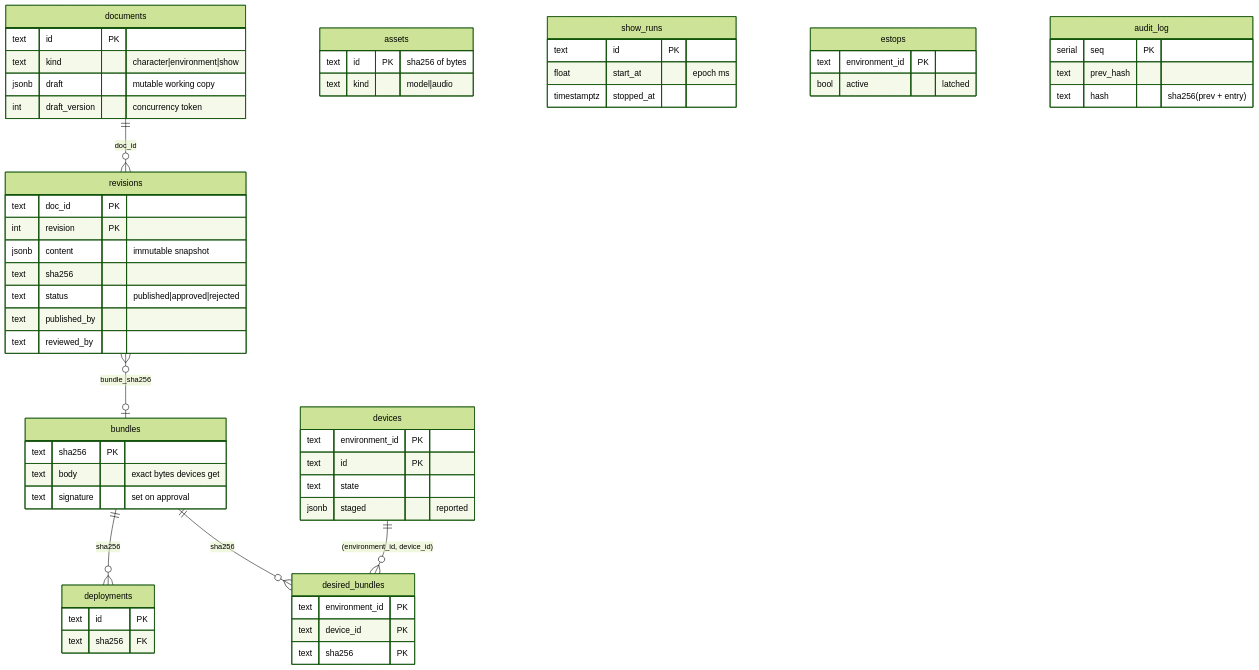
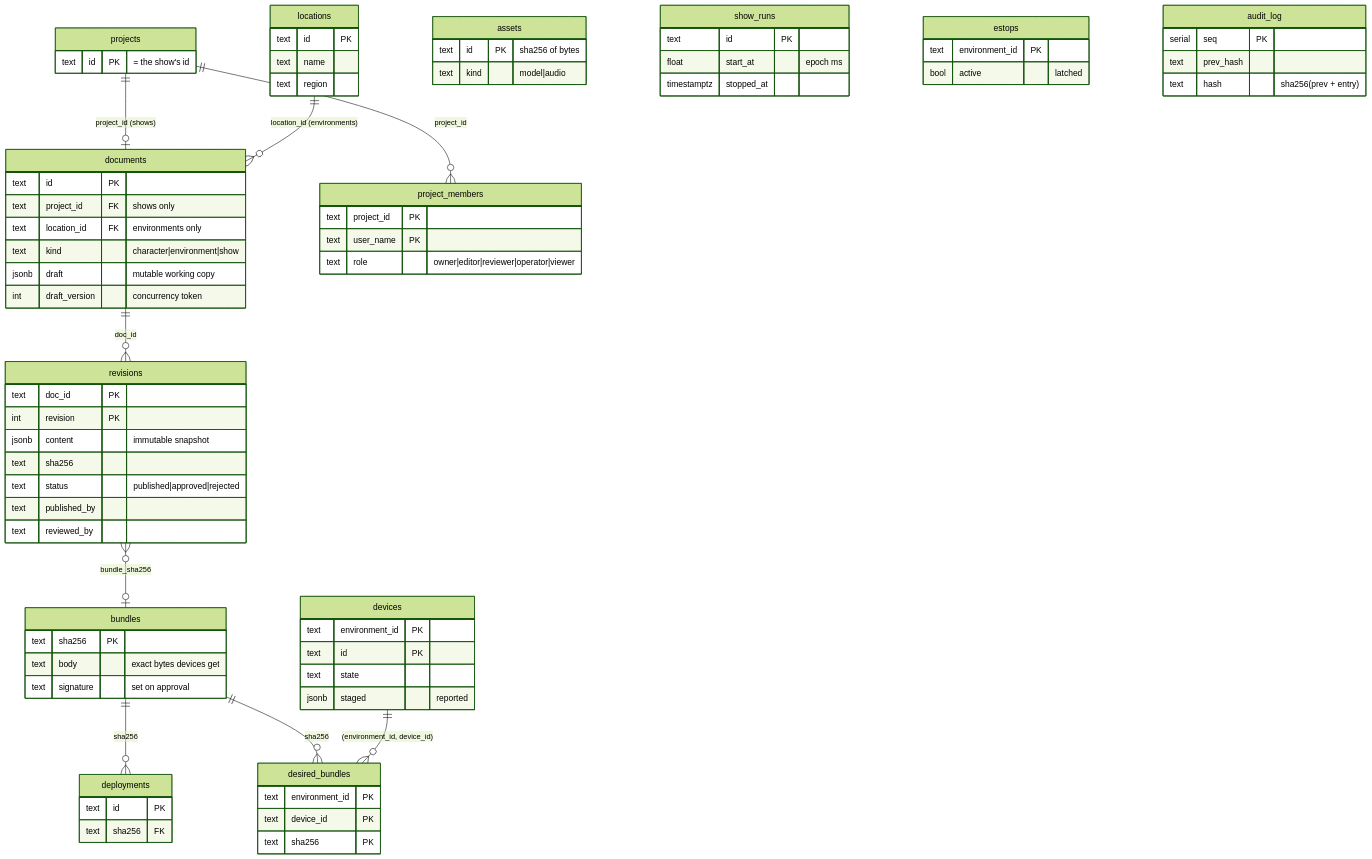
One commit to dulyahackana/showstudio changed the fourth of 5 diagrams in docs/data-model.md. Above: the diagram before and after it, drawn with Mermaid (forest theme). The commit also changed other lines of this file and 143 other files, not shown here.

````diff
--- a/docs/data-model.md
+++ b/docs/data-model.md
@@ -98,61 +122,79 @@
 ```mermaid
 erDiagram
   documents ||--o{ revisions : "doc_id"
   revisions }o--o| bundles : "bundle_sha256"
   bundles ||--o{ deployments : "sha256"
   bundles ||--o{ desired_bundles : "sha256"
   devices ||--o{ desired_bundles : "(environment_id, device_id)"
+  projects ||--o| documents : "project_id (shows)"
+  locations ||--o{ documents : "location_id (environments)"
+  projects ||--o{ project_members : "project_id"
+  projects {
+    text id PK "= the show's id"
+  }
+  locations {
+    text id PK
+    text name
+    text region
+  }
+  project_members {
+    text project_id PK
+    text user_name PK
+    text role "owner|editor|reviewer|operator|viewer"
+  }
   documents {
     text id PK
+    text project_id FK "shows only"
+    text location_id FK "environments only"
     text kind "character|environment|show"
     jsonb draft "mutable working copy"
     int draft_version "concurrency token"
   }
   revisions {
     text doc_id PK
     int revision PK
     jsonb content "immutable snapshot"
     text sha256
     text status "published|approved|rejected"
     text published_by
     text reviewed_by
   }
   bundles {
     text sha256 PK
     text body "exact bytes devices get"
     text signature "set on approval"
   }
   assets {
     text id PK "sha256 of bytes"
     text kind "model|audio"
   }
   devices {
     text environment_id PK
     text id PK
     text state
     jsonb staged "reported"
   }
   desired_bundles {
     text environment_id PK
     text device_id PK
     text sha256 PK
   }
   deployments {
     text id PK
     text sha256 FK
   }
   show_runs {
     text id PK
     float start_at "epoch ms"
     timestamptz stopped_at
   }
   estops {
     text environment_id PK
     bool active "latched"
   }
   audit_log {
     serial seq PK
     text prev_hash
     text hash "sha256(prev + entry)"
   }
 ```
````
